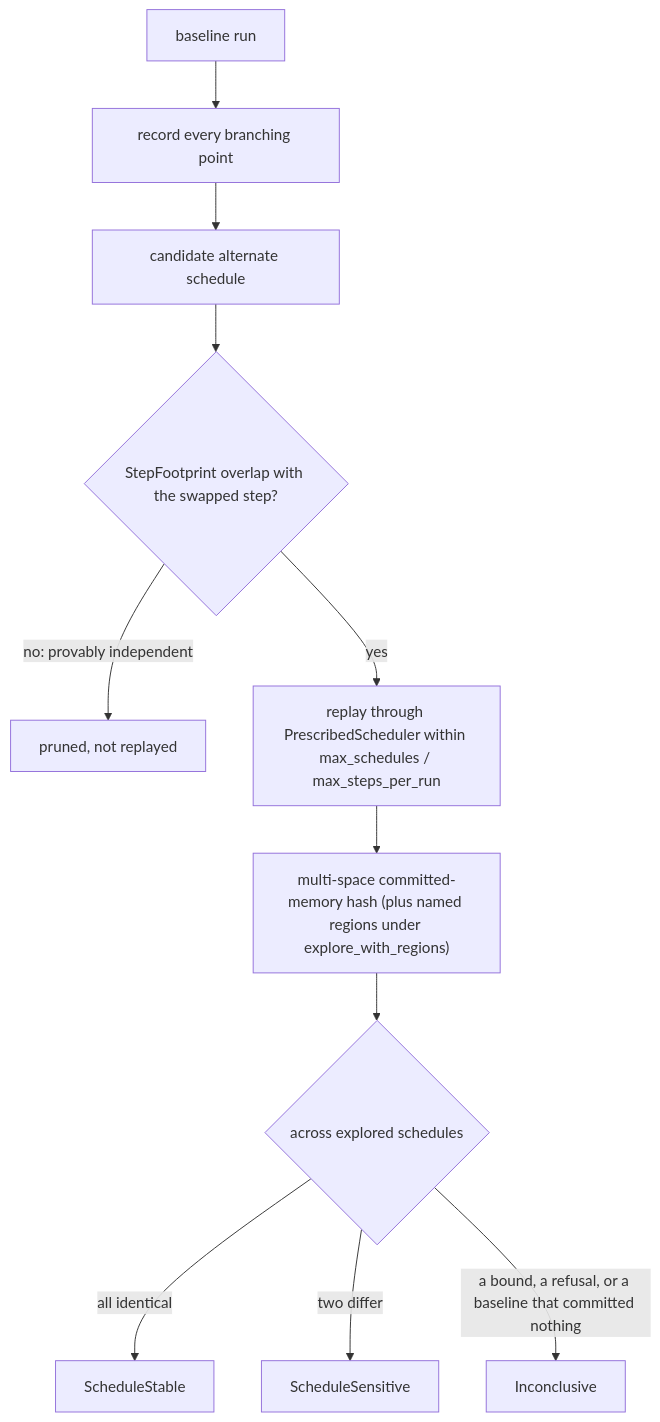
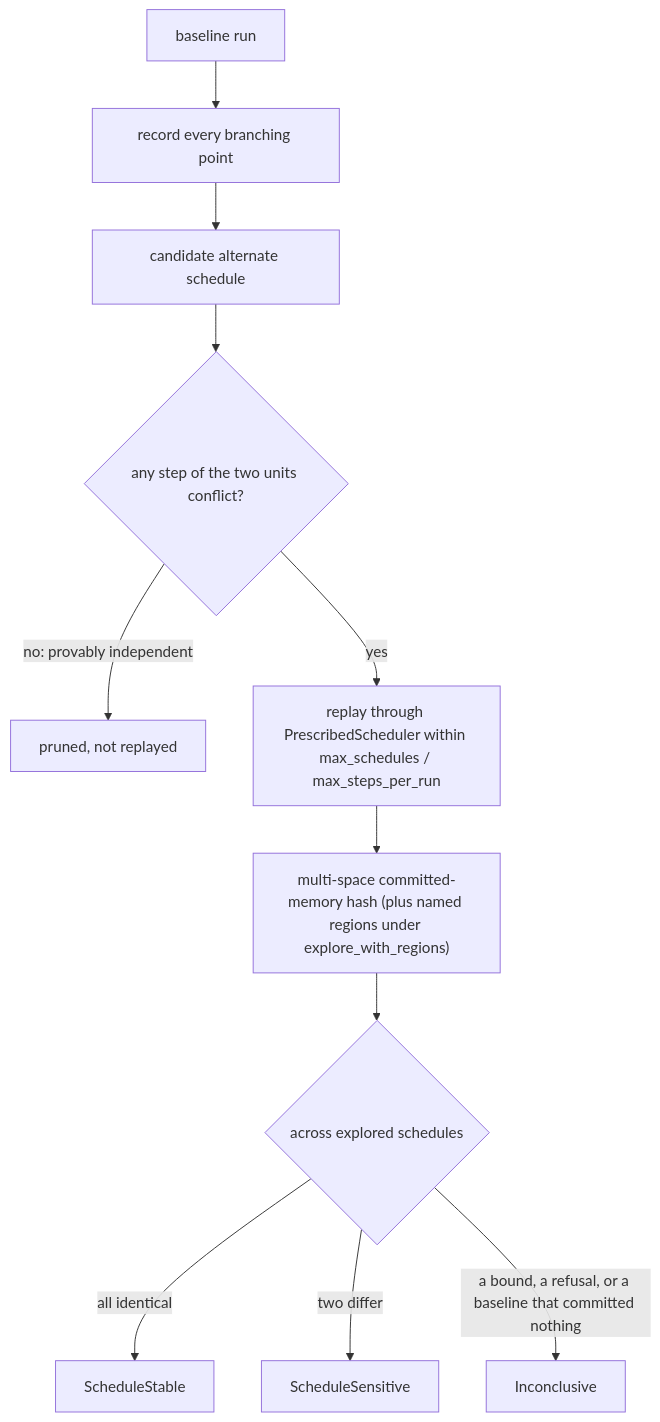
One commit to RoyalAce22/CellGov changed the diagram in docs/architecture/schedule_exploration.md. Above: the diagram before and after it, drawn with Mermaid. The commit also changed other lines of this file and 9 other files, not shown here.

````diff
--- a/docs/architecture/schedule_exploration.md
+++ b/docs/architecture/schedule_exploration.md
@@ -10,13 +10,13 @@
 ```mermaid
 flowchart TD
   base["baseline run"] --> bp["record every branching point"]
   bp --> alt["candidate alternate schedule"]
-  alt --> fp{"StepFootprint overlap with the swapped step?"}
+  alt --> fp{"any step of the two units conflict?"}
   fp -->|"no: provably independent"| prune["pruned, not replayed"]
   fp -->|yes| replay["replay through PrescribedScheduler within max_schedules / max_steps_per_run"]
   replay --> hash["multi-space committed-memory hash (plus named regions under explore_with_regions)"]
   hash --> cls{"across explored schedules"}
   cls -->|all identical| stable["ScheduleStable"]
   cls -->|two differ| sens["ScheduleSensitive"]
   cls -->|"a bound, a refusal, or a baseline that committed nothing"| inc["Inconclusive"]
 ```
````
